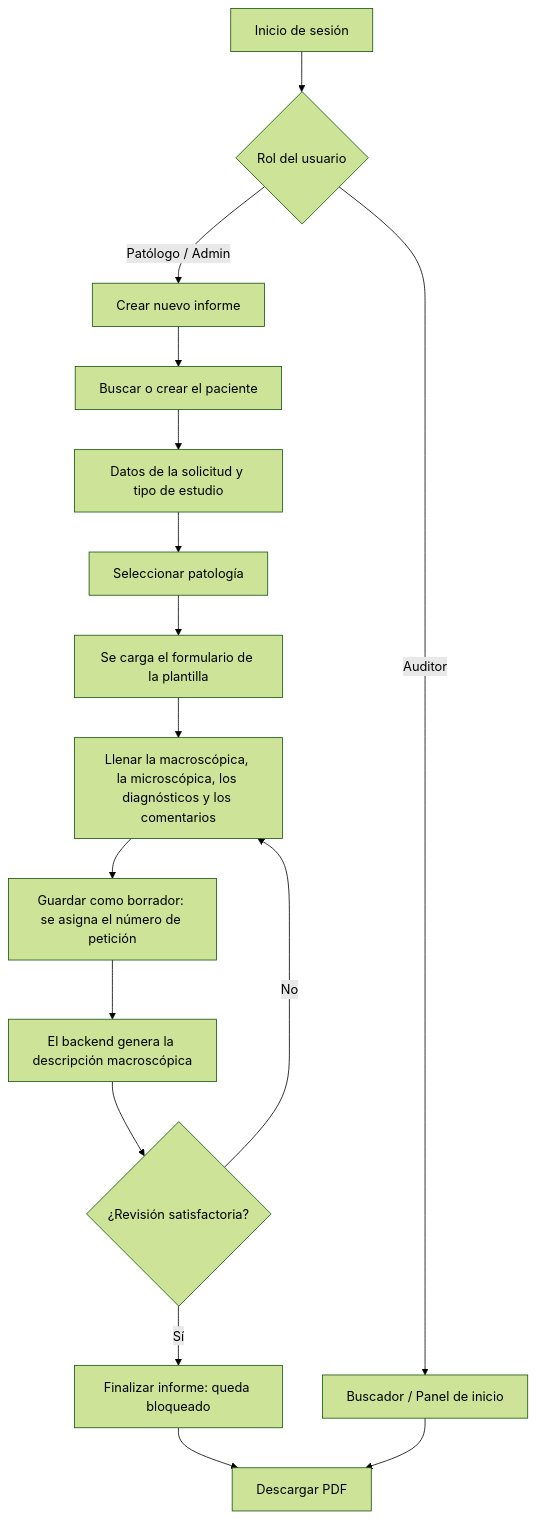
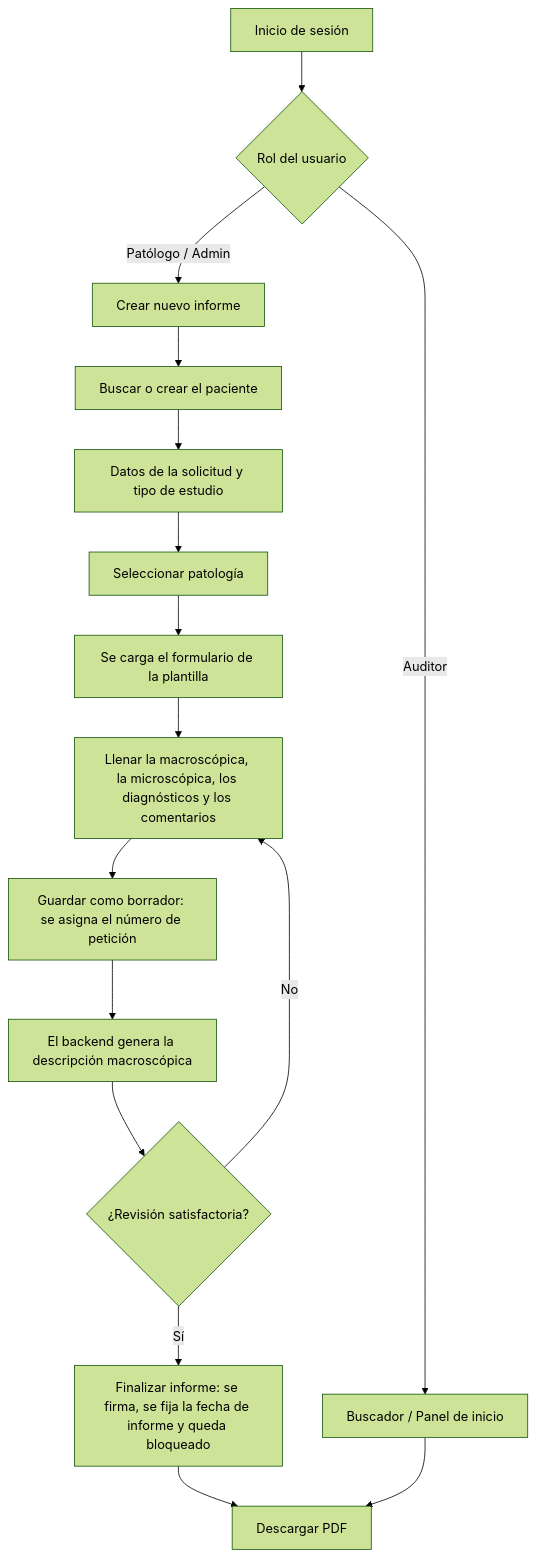
The diagram in README.md (juansalamanca01-glitch/patologia-app), drawn with Mermaid (forest theme) before and after one commit. The commit also changed other lines of this file and 26 other files, not shown here.

First line of the commit message:
feat: firma y finalización (informe v2, etapa 6)

````diff
--- a/README.md
+++ b/README.md
@@ -474,18 +481,18 @@
 ```mermaid
 graph TD
     A[Inicio de sesión] --> B{Rol del usuario}
     B -->|Patólogo / Admin| C[Crear nuevo informe]
     B -->|Auditor| D[Buscador / Panel de inicio]
     C --> P[Buscar o crear el paciente]
     P --> S[Datos de la solicitud y tipo de estudio]
     S --> E[Seleccionar patología]
     E --> F[Se carga el formulario de la plantilla]
     F --> G[Llenar la macroscópica, la microscópica, los diagnósticos y los comentarios]
     G --> H[Guardar como borrador: se asigna el número de petición]
     H --> I[El backend genera la descripción macroscópica]
     I --> J{¿Revisión satisfactoria?}
     J -->|No| G
-    J -->|Sí| K[Finalizar informe: queda bloqueado]
+    J -->|Sí| K[Finalizar informe: se firma, se fija la fecha de informe y queda bloqueado]
     K --> L[Descargar PDF]
     D --> L
 ```
````
